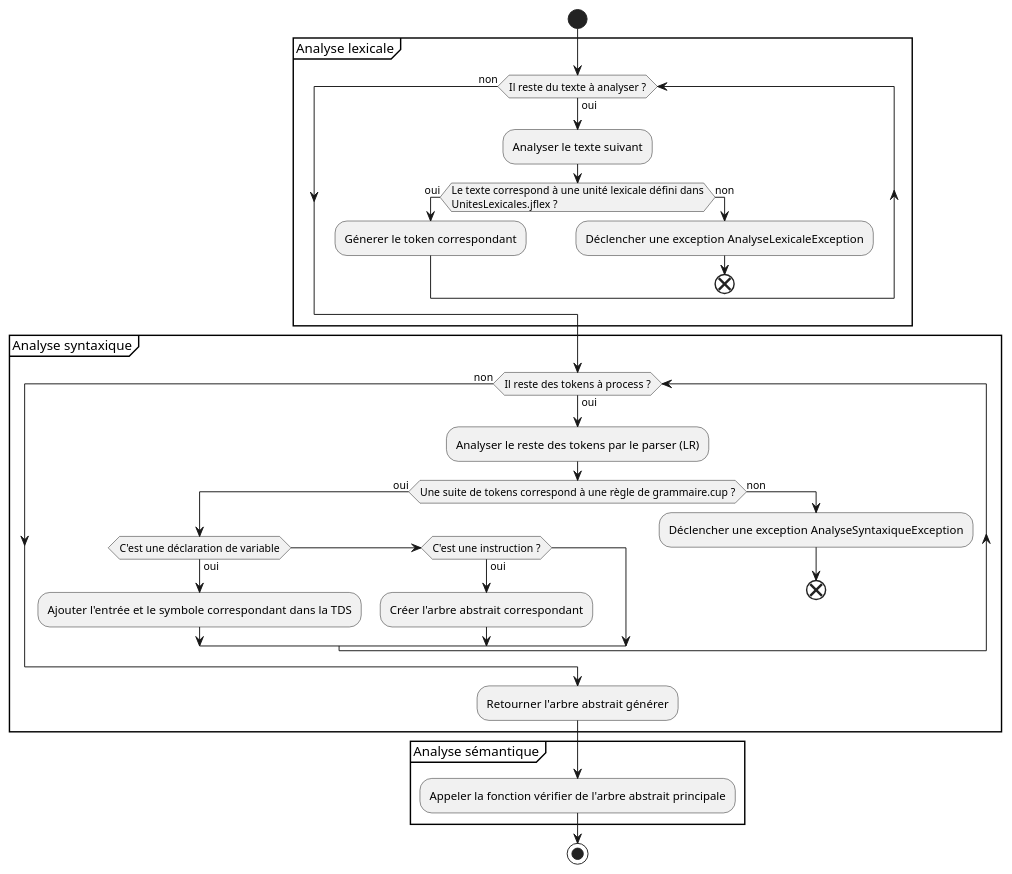
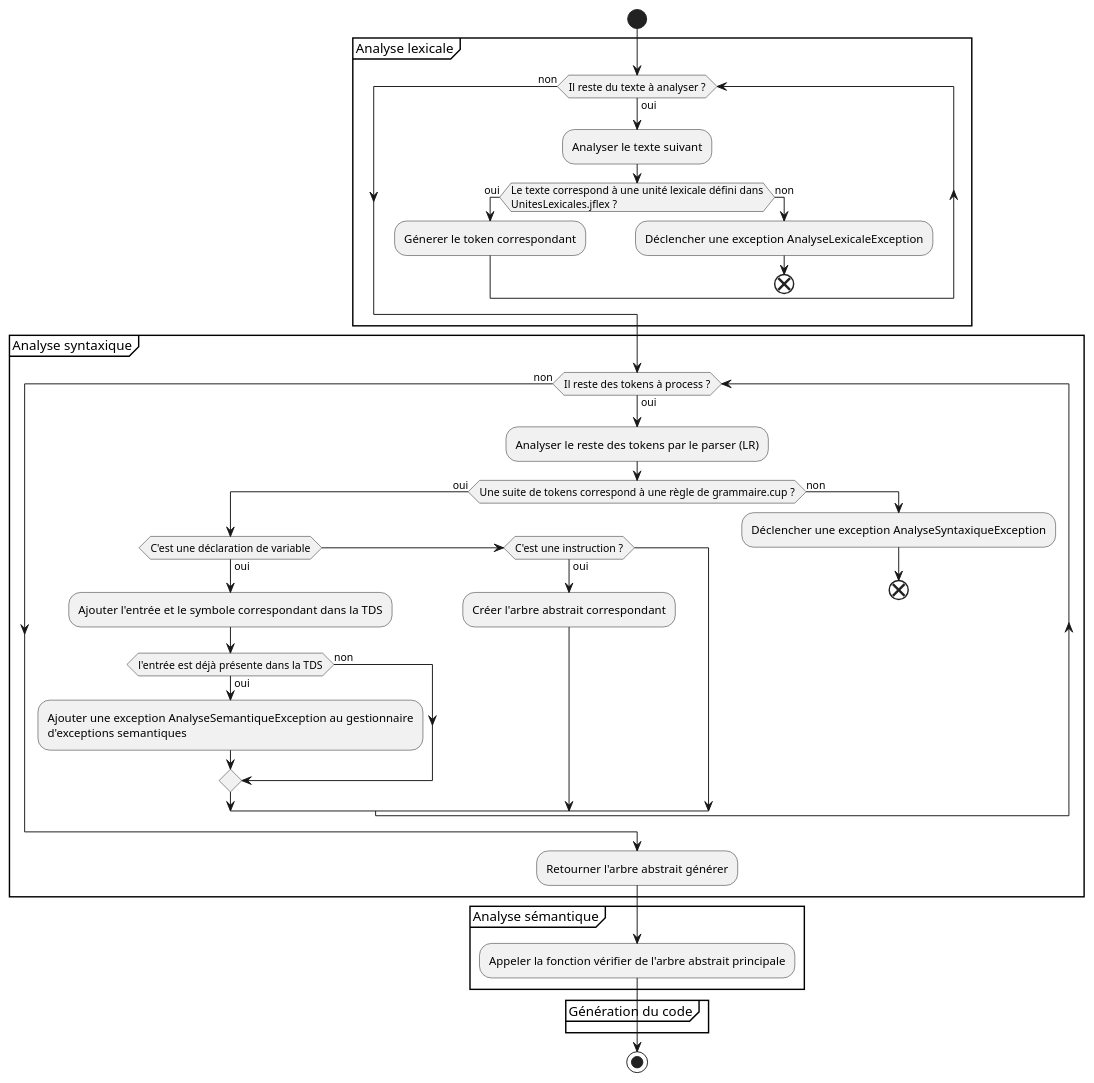
The diagram in diagrammes/activite/compilation.puml (lmtb06/zoot), drawn with PlantUML before and after one commit. The commit also changed 7 other files, not shown here.

Commit message:
Mise à jour des différents diagrammes: + Diagramme d'activité + Diagrammes de classes :   + Ajout de quelques classes   + Corrections mineures

```diff
--- a/diagrammes/activite/compilation.puml
+++ b/diagrammes/activite/compilation.puml
@@ -1,40 +1,48 @@
 @startuml
 
 start
 partition "Analyse lexicale" {
     while (Il reste du texte à analyser ?) is (oui)
         :Analyser le texte suivant; 
         if (Le texte correspond à une unité lexicale défini dans\nUnitesLexicales.jflex ?) then (oui)
             :Génerer le token correspondant;
         else (non)
             :Déclencher une exception AnalyseLexicaleException;
             end
         endif
     endwhile (non)
 }
 
 partition "Analyse syntaxique" {
     while (Il reste des tokens à process ?) is (oui)
         :Analyser le reste des tokens par le parser (LR);
         if (Une suite de tokens correspond à une règle de grammaire.cup ?) then (oui)
             if(C'est une déclaration de variable) then(oui)
                 :Ajouter l'entrée et le symbole correspondant dans la TDS;
+                if(l'entrée est déjà présente dans la TDS) then(oui)
+                    :Ajouter une exception AnalyseSemantiqueException au gestionnaire\nd'exceptions semantiques;
+                else(non)
+                endif
             elseif(C'est une instruction ?) then (oui)
                 :Créer l'arbre abstrait correspondant;
             endif
         else (non)
             :Déclencher une exception AnalyseSyntaxiqueException;
             end;
         endif
     endwhile (non)
     :Retourner l'arbre abstrait générer;
 }
 
 partition "Analyse sémantique" {
     :Appeler la fonction vérifier de l'arbre abstrait principale;
     ' TODO
 }
 
+partition "Génération du code" {
+    
+}
+
 stop
 
 @enduml
```
